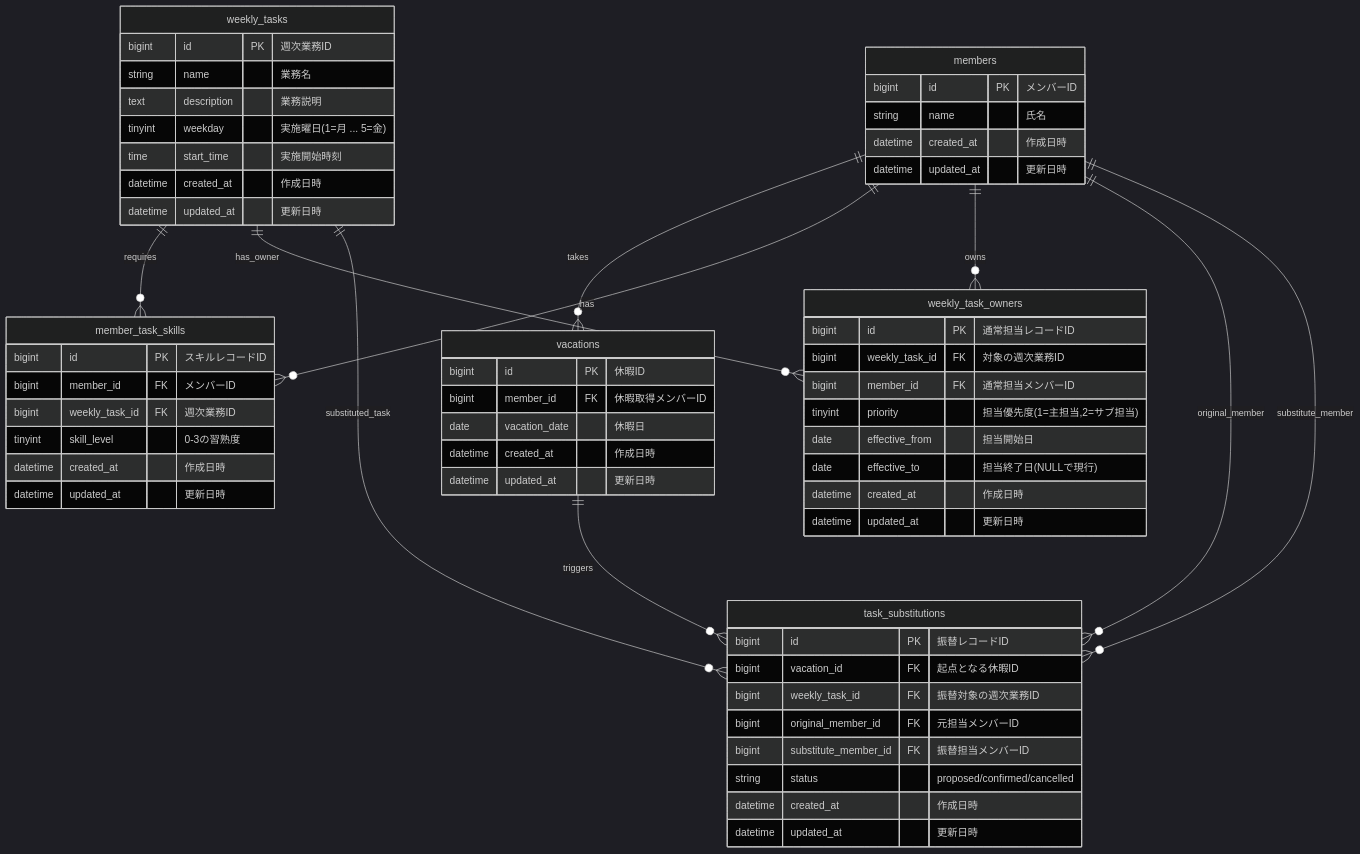
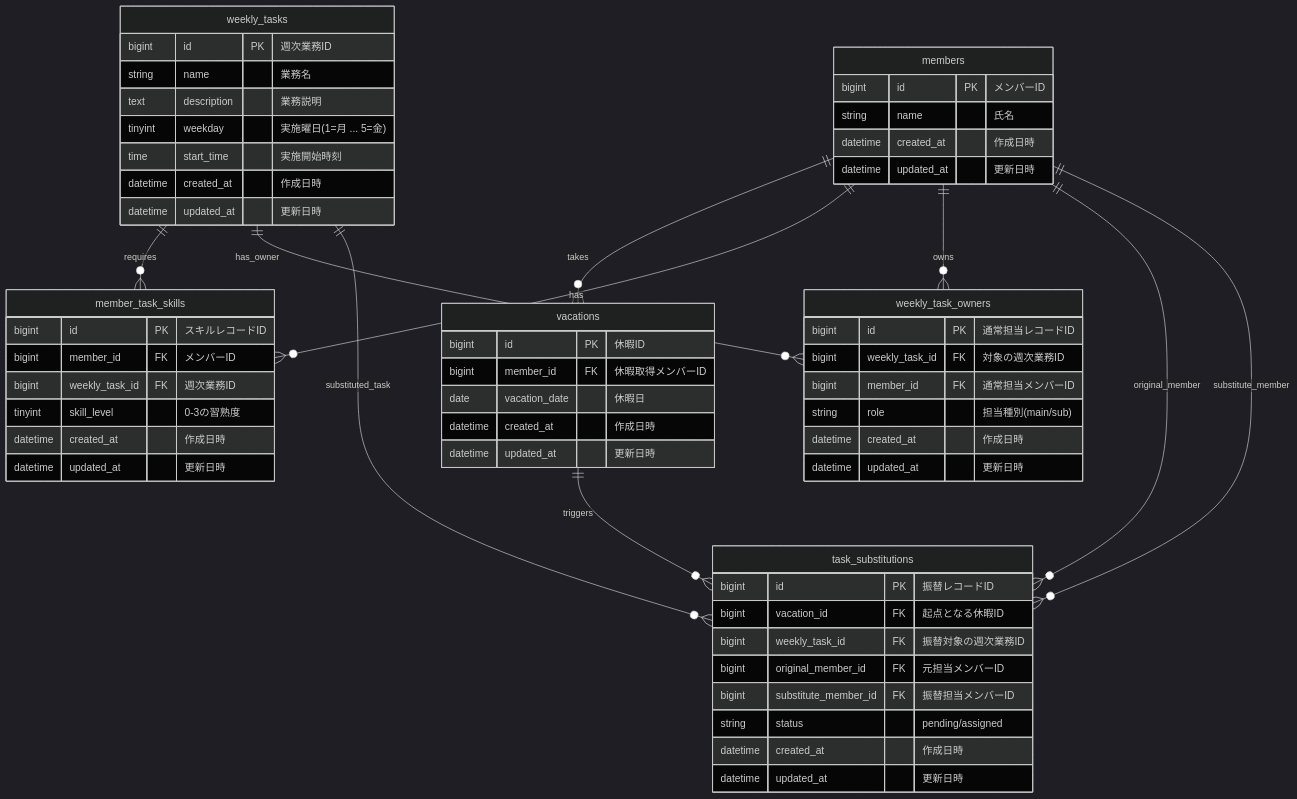
One commit to Iwasaki-Y0125/warifull changed the diagram in docs/warifull_er_diagram.md. Above: the diagram before and after it, drawn with Mermaid (dark theme). The commit also changed other lines of this file and 23 other files, not shown here.

````diff
--- a/docs/warifull_er_diagram.md
+++ b/docs/warifull_er_diagram.md
@@ -5,71 +5,69 @@
 ```mermaid
 erDiagram
     members {
         bigint   id         PK "メンバーID"
         string   name          "氏名"
         datetime created_at    "作成日時"
         datetime updated_at    "更新日時"
     }
 
     weekly_tasks {
         bigint   id         PK "週次業務ID"
         string   name          "業務名"
         text     description   "業務説明"
         tinyint  weekday       "実施曜日(1=月 ... 5=金)"
         time     start_time    "実施開始時刻"
         datetime created_at    "作成日時"
         datetime updated_at    "更新日時"
     }
 
     member_task_skills {
         bigint   id             PK "スキルレコードID"
         bigint   member_id      FK "メンバーID"
         bigint   weekly_task_id FK "週次業務ID"
         tinyint  skill_level       "0-3の習熟度"
         datetime created_at        "作成日時"
         datetime updated_at        "更新日時"
     }
 
     vacations {
         bigint   id            PK "休暇ID"
         bigint   member_id     FK "休暇取得メンバーID"
         date     vacation_date    "休暇日"
         datetime created_at       "作成日時"
         datetime updated_at       "更新日時"
     }
 
     weekly_task_owners {
         bigint   id             PK "通常担当レコードID"
         bigint   weekly_task_id FK "対象の週次業務ID"
         bigint   member_id      FK "通常担当メンバーID"
-        tinyint  priority          "担当優先度(1=主担当,2=サブ担当)"
-        date     effective_from    "担当開始日"
-        date     effective_to      "担当終了日(NULLで現行)"
+        string   role              "担当種別(main/sub)"
         datetime created_at        "作成日時"
         datetime updated_at        "更新日時"
     }
 
     task_substitutions {
         bigint   id                   PK "振替レコードID"
         bigint   vacation_id          FK "起点となる休暇ID"
         bigint   weekly_task_id       FK "振替対象の週次業務ID"
         bigint   original_member_id   FK "元担当メンバーID"
         bigint   substitute_member_id FK "振替担当メンバーID"
-        string   status                  "proposed/confirmed/cancelled"
+        string   status                  "pending/assigned"
         datetime created_at              "作成日時"
         datetime updated_at              "更新日時"
     }
 
     members ||--o{ vacations : takes
     members ||--o{ member_task_skills : has
     weekly_tasks ||--o{ member_task_skills : requires
 
     weekly_tasks ||--o{ weekly_task_owners : has_owner
     members ||--o{ weekly_task_owners : owns
 
     vacations ||--o{ task_substitutions : triggers
     weekly_tasks ||--o{ task_substitutions : substituted_task
     members ||--o{ task_substitutions : original_member
     members ||--o{ task_substitutions : substitute_member
 
 ```
````
